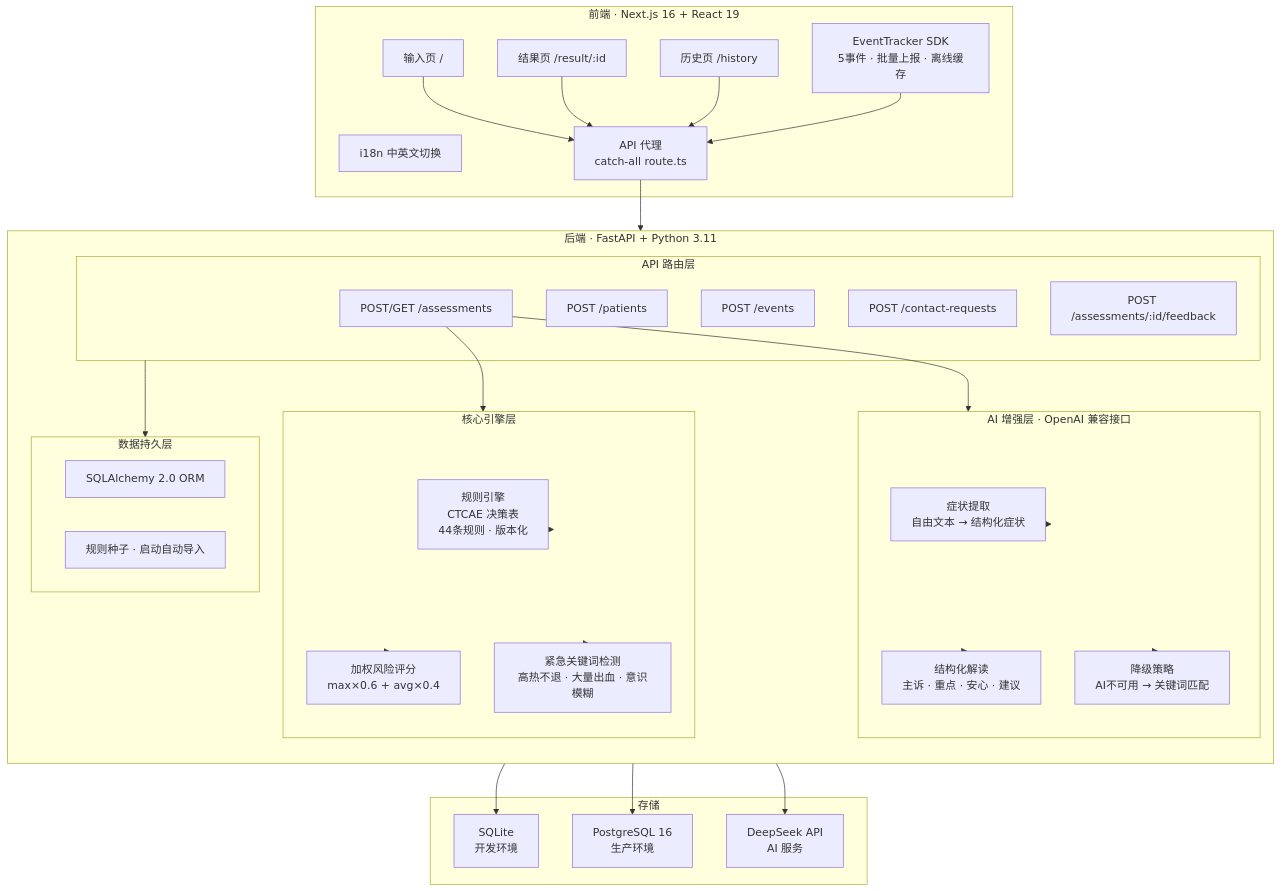
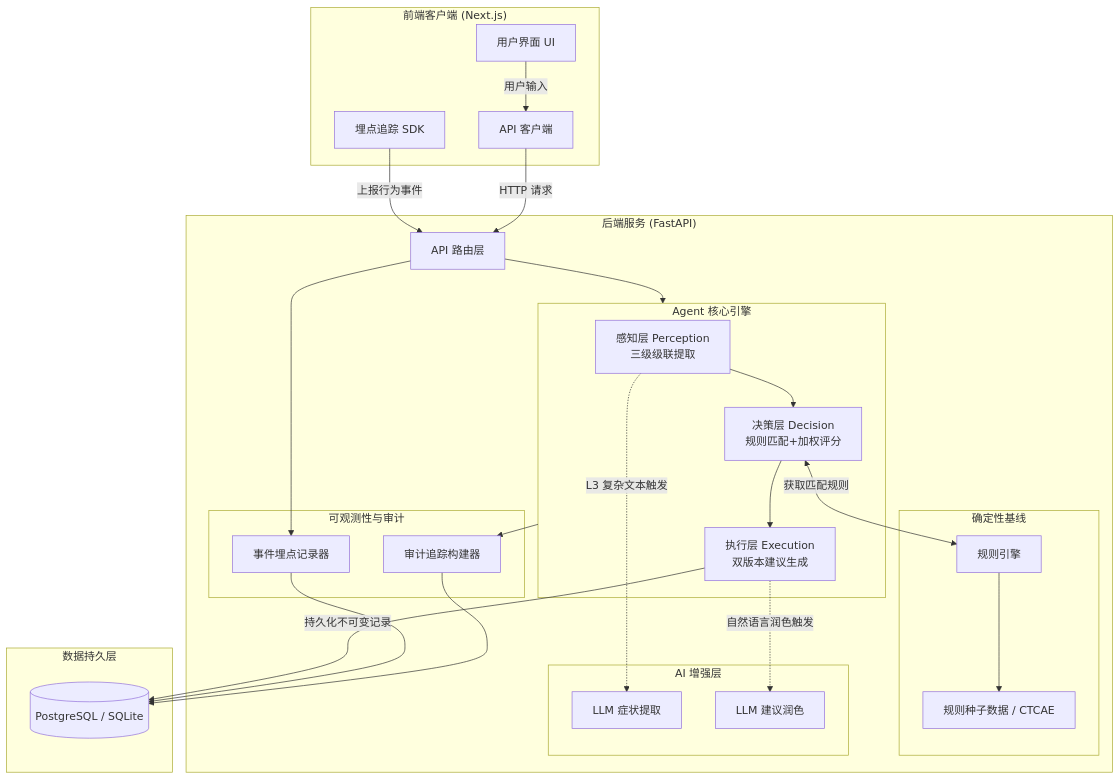
One commit to MaxMiksa/GentleMend changed the first of 3 diagrams in README.md. Above: the diagram before and after it, drawn with Mermaid. The commit also changed other lines of this file and 14 other files, not shown here.

First line of the commit message:
docs: consolidate architecture diagrams into README and add new resources

````diff
--- a/README.md
+++ b/README.md
@@ -54,65 +14,57 @@
 ```mermaid
-graph TB
-    subgraph Client["前端 · Next.js 16 + React 19"]
-        UI_Input["输入页 /"]
-        UI_Result["结果页 /result/:id"]
-        UI_History["历史页 /history"]
-        I18n["i18n 中英文切换"]
-        EventSDK["EventTracker SDK<br/>5事件 · 批量上报 · 离线缓存"]
-        Proxy["API 代理<br/>catch-all route.ts"]
+graph TD
+    subgraph Frontend ["前端客户端 (Next.js)"]
+        UI["用户界面 UI"]
+        API_Client["API 客户端"]
+        Tracker["埋点追踪 SDK"]
     end
 
-    subgraph Server["后端 · FastAPI + Python 3.11"]
-        direction TB
-        subgraph APILayer["API 路由层"]
-            A_Assess["POST/GET /assessments"]
-            A_Patient["POST /patients"]
-            A_Event["POST /events"]
-            A_Contact["POST /contact-requests"]
-            A_Feedback["POST /assessments/:id/feedback"]
+    subgraph Backend ["后端服务 (FastAPI)"]
+        API_Layer["API 路由层"]
+        
+        subgraph AgentEngine ["Agent 核心引擎"]
+            Perception["感知层 Perception\n三级级联提取"]
+            Decision["决策层 Decision\n规则匹配+加权评分"]
+            Execution["执行层 Execution\n双版本建议生成"]
         end
-
-        subgraph CoreEngine["核心引擎层"]
-            RuleEngine["规则引擎<br/>CTCAE 决策表<br/>44条规则 · 版本化"]
-            RiskCalc["加权风险评分<br/>max×0.6 + avg×0.4"]
-            Emergency["紧急关键词检测<br/>高热不退 · 大量出血 · 意识模糊"]
+        
+        subgraph RuleBase ["确定性基线"]
+            RuleEngine["规则引擎"]
+            SeedData["规则种子数据 / CTCAE"]
         end
-
-        subgraph AILayer["AI 增强层 · OpenAI 兼容接口"]
-            Extract["症状提取<br/>自由文本 → 结构化症状"]
-            Enhance["结构化解读<br/>主诉 · 重点 · 安心 · 建议"]
-            Fallback["降级策略<br/>AI不可用 → 关键词匹配"]
+        
+        subgraph AIEnhancement ["AI 增强层"]
+            LLMExtractor["LLM 症状提取"]
+            LLMAdvisor["LLM 建议润色"]
         end
-
-        subgraph DataLayer["数据持久层"]
-            ORM["SQLAlchemy 2.0 ORM"]
-            Seed["规则种子 · 启动自动导入"]
+        
+        subgraph Observability ["可观测性与审计"]
+            AuditTrail["审计追踪构建器"]
+            EventLogger["事件埋点记录器"]
         end
     end
 
-    subgraph Storage["存储"]
-        SQLite["SQLite<br/>开发环境"]
-        PG["PostgreSQL 16<br/>生产环境"]
-        DeepSeek["DeepSeek API<br/>AI 服务"]
+    subgraph Database ["数据持久层"]
+        DB[("PostgreSQL / SQLite")]
     end
 
-    UI_Input --> Proxy
-    UI_Result --> Proxy
-    UI_History --> Proxy
-    EventSDK --> Proxy
-    Proxy --> APILayer
-
-    A_Assess --> CoreEngine
-    A_Assess --> AILayer
-    CoreEngine --> RuleEngine
-    CoreEngine --> RiskCalc
-    CoreEngine --> Emergency
-    AILayer --> Extract
-    AILayer --> Enhance
-    AILayer --> Fallback
-
-    APILayer --> DataLayer
-    DataLayer --> SQLite
-    DataLayer --> PG
-    AILayer --> DeepSeek
+    UI -->|"用户输入"| API_Client
+    API_Client -->|"HTTP 请求"| API_Layer
+    Tracker -->|"上报行为事件"| API_Layer
+    
+    API_Layer --> AgentEngine
+    Perception --> Decision
+    Decision --> Execution
+    
+    Perception -.->|"L3 复杂文本触发"| LLMExtractor
+    Execution -.->|"自然语言润色触发"| LLMAdvisor
+    Decision <-->|"获取匹配规则"| RuleEngine
+    RuleEngine --> SeedData
+    
+    AgentEngine --> AuditTrail
+    API_Layer --> EventLogger
+    
+    AuditTrail --> DB
+    EventLogger --> DB
+    Execution -->|"持久化不可变记录"| DB
 ```
````
